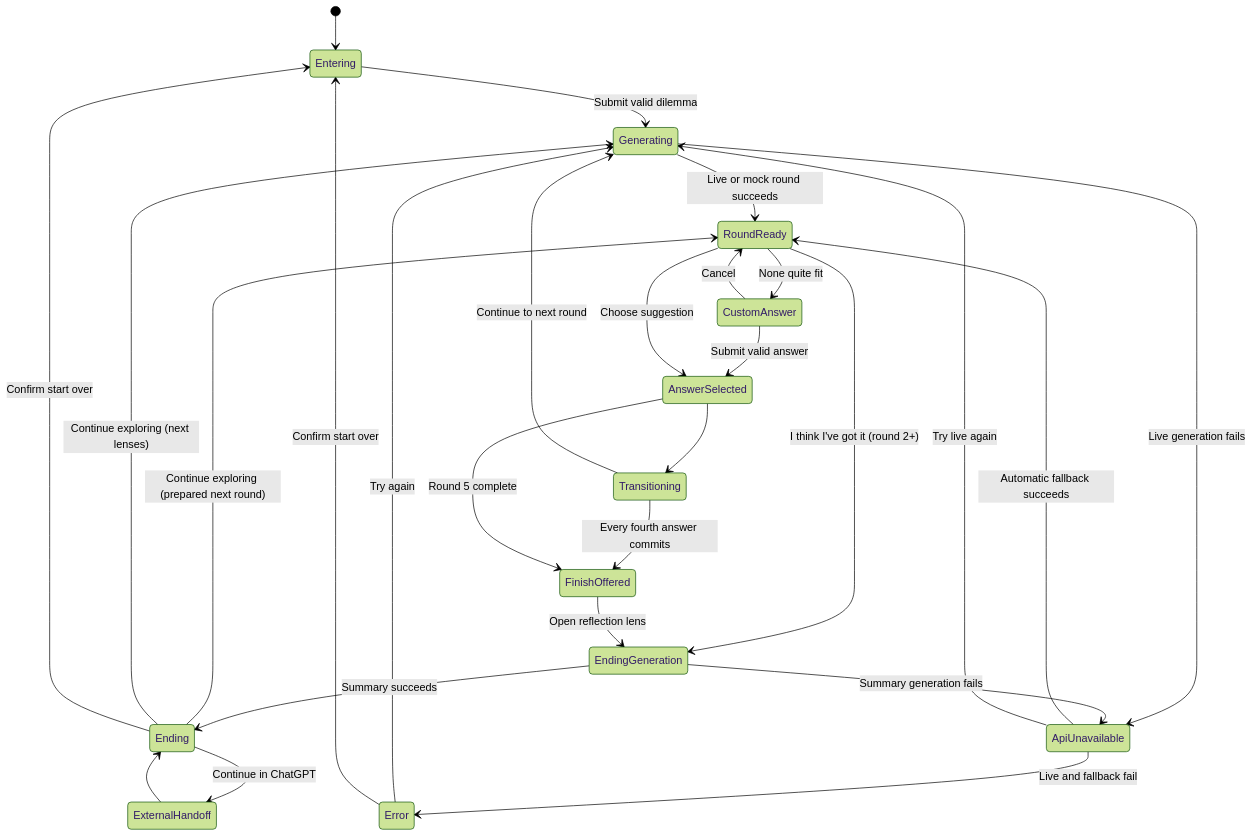
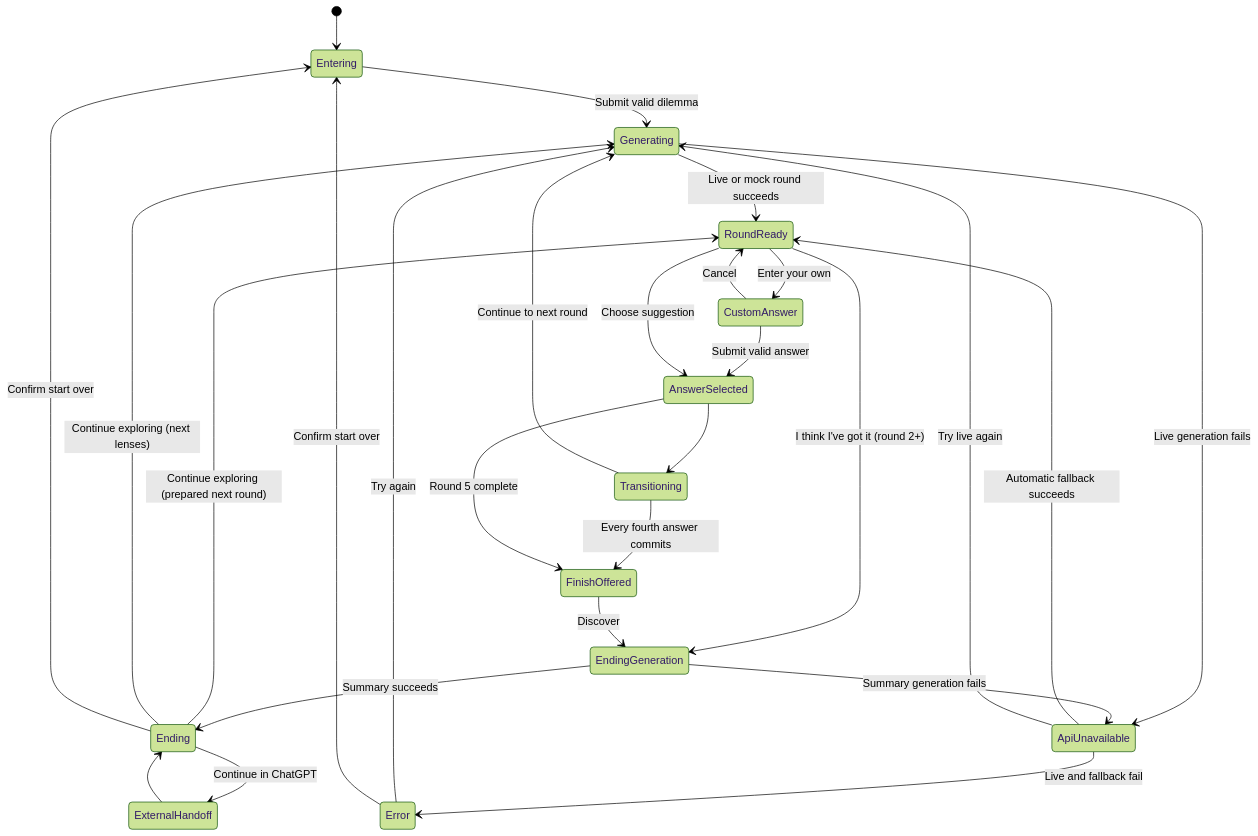
Before and after one commit to jotaefejota/hmm: the diagram in docs/02-experience-design.md, drawn with Mermaid (forest theme). The commit also changed other lines of this file and 24 other files, not shown here.

Commit message:
feat: refine reflection flow and visual language

````diff
--- a/docs/02-experience-design.md
+++ b/docs/02-experience-design.md
@@ -245,35 +249,35 @@
 ```mermaid
 stateDiagram-v2
     [*] --> Entering
     Entering --> Generating: Submit valid dilemma
 
     Generating --> RoundReady: Live or mock round succeeds
     Generating --> ApiUnavailable: Live generation fails
     ApiUnavailable --> RoundReady: Automatic fallback succeeds
     ApiUnavailable --> Generating: Try live again
     ApiUnavailable --> Error: Live and fallback fail
 
-    RoundReady --> CustomAnswer: None quite fit
+    RoundReady --> CustomAnswer: Enter your own
     CustomAnswer --> RoundReady: Cancel
     CustomAnswer --> AnswerSelected: Submit valid answer
     RoundReady --> AnswerSelected: Choose suggestion
     RoundReady --> EndingGeneration: I think I've got it (round 2+)
 
     AnswerSelected --> Transitioning
     Transitioning --> FinishOffered: Every fourth answer commits
     AnswerSelected --> FinishOffered: Round 5 complete
     Transitioning --> Generating: Continue to next round
 
-    FinishOffered --> EndingGeneration: Open reflection lens
+    FinishOffered --> EndingGeneration: Discover
 
     EndingGeneration --> Ending: Summary succeeds
     EndingGeneration --> ApiUnavailable: Summary generation fails
     Ending --> RoundReady: Continue exploring (prepared next round)
     Ending --> Generating: Continue exploring (next lenses)
     Ending --> Entering: Confirm start over
     Ending --> ExternalHandoff: Continue in ChatGPT
     ExternalHandoff --> Ending
 
     Error --> Generating: Try again
     Error --> Entering: Confirm start over
 ```
````
